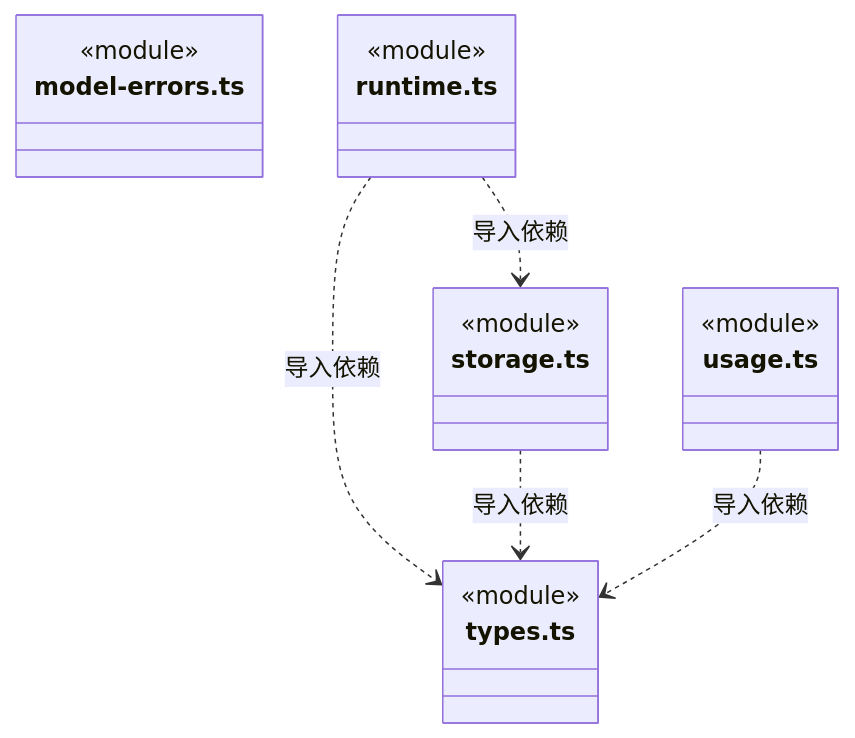
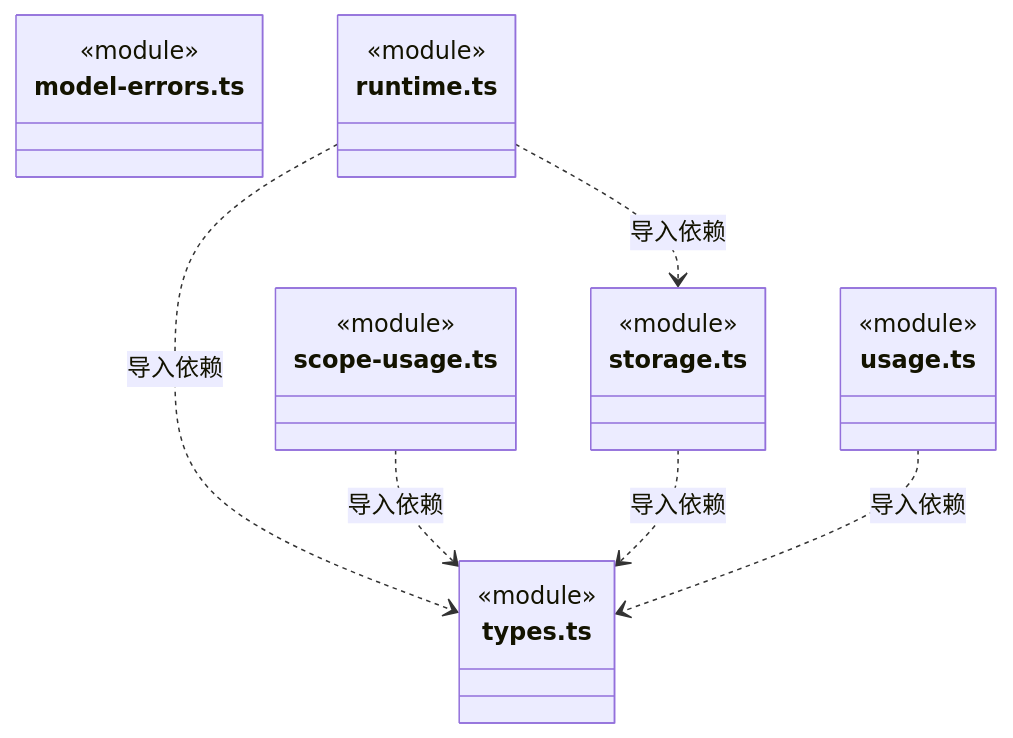
Before and after one commit to nan023062/cbim: the second of 10 diagrams in src/backend/core/brain/ARCHITECTURE.md, drawn with Mermaid. The commit also changed other lines of this file and 53 other files, not shown here.

````diff
--- a/src/backend/core/brain/ARCHITECTURE.md
+++ b/src/backend/core/brain/ARCHITECTURE.md
@@ -53,22 +54,26 @@
 ```mermaid
 classDiagram
 class N_src_backend_core_brain_model_errors_ts["model-errors.ts"] {
   <<module>>
 }
 class N_src_backend_core_brain_runtime_ts["runtime.ts"] {
+  <<module>>
+}
+class N_src_backend_core_brain_scope_usage_ts["scope-usage.ts"] {
   <<module>>
 }
 class N_src_backend_core_brain_storage_ts["storage.ts"] {
   <<module>>
 }
 class N_src_backend_core_brain_types_ts["types.ts"] {
   <<module>>
 }
 class N_src_backend_core_brain_usage_ts["usage.ts"] {
   <<module>>
 }
 N_src_backend_core_brain_runtime_ts ..> N_src_backend_core_brain_storage_ts : 导入依赖
 N_src_backend_core_brain_runtime_ts ..> N_src_backend_core_brain_types_ts : 导入依赖
+N_src_backend_core_brain_scope_usage_ts ..> N_src_backend_core_brain_types_ts : 导入依赖
 N_src_backend_core_brain_storage_ts ..> N_src_backend_core_brain_types_ts : 导入依赖
 N_src_backend_core_brain_usage_ts ..> N_src_backend_core_brain_types_ts : 导入依赖
 ```
````
